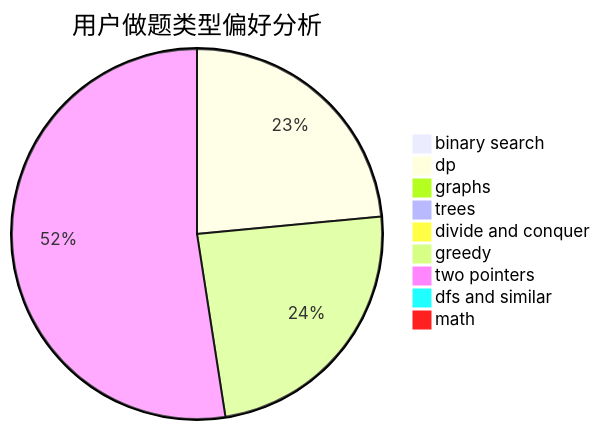
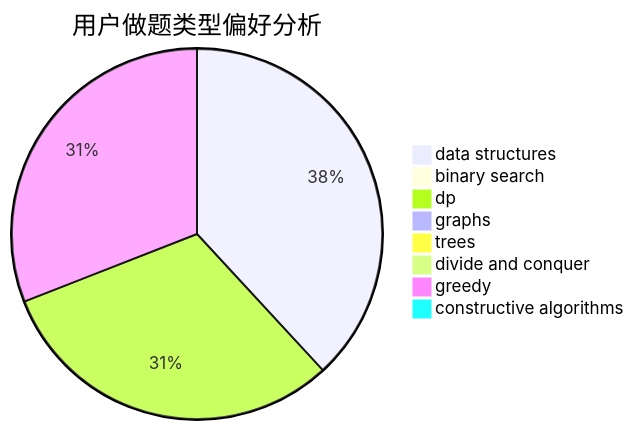
The second of 3 diagrams in docs/user/u490.md (sherpahu/cfrs.github.io), drawn with Mermaid before and after one commit. The commit also changed other lines of this file and 2775 other files, not shown here.

````diff
--- a/docs/user/u490.md
+++ b/docs/user/u490.md
@@ -23,12 +23,11 @@
 ```mermaid
 pie title 用户做题类型偏好分析
+    "data structures" :  53
     "binary search" :  0
     "dp" :  43
     "graphs" :  0
     "trees" :  0
     "divide and conquer" :  0
-    "greedy" :  44
-    "two pointers" :  96
-    "dfs and similar" :  0
-    "math" :  0
+    "greedy" :  43
+    "constructive algorithms" :  0
 ```
````
